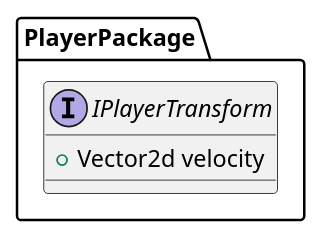
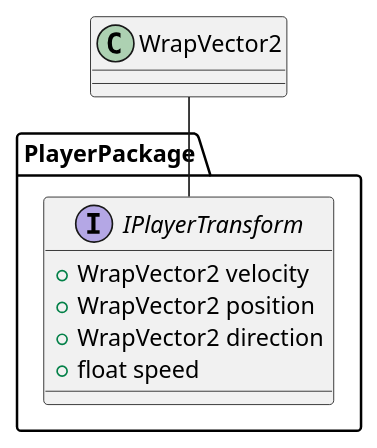
The diagram in Player/IPlayerTransform.pu (BREADloving/tekitou_uml), drawn with PlantUML before and after one commit. The commit also changed 17 other files, not shown here.

```diff
--- a/Player/IPlayerTransform.pu
+++ b/Player/IPlayerTransform.pu
@@ -1,8 +1,12 @@
-
 package PlayerPackage
 {
     interface IPlayerTransform
     {
-        + Vector2d velocity 
+        + WrapVector2 velocity 
+        + WrapVector2 position 
+        + WrapVector2 direction
+        + float speed
     }
 }
+
+WrapVector2 -- IPlayerTransform
```
